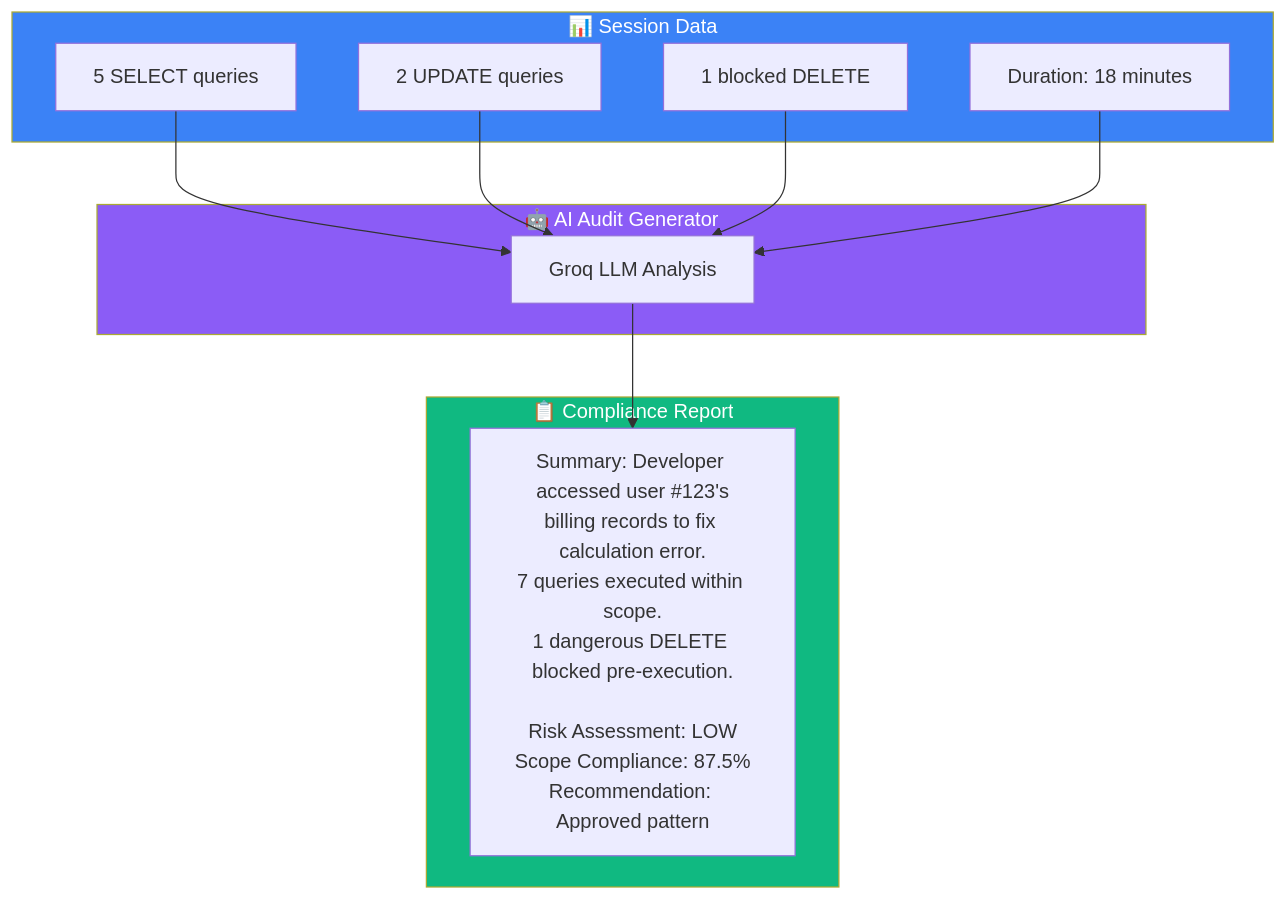
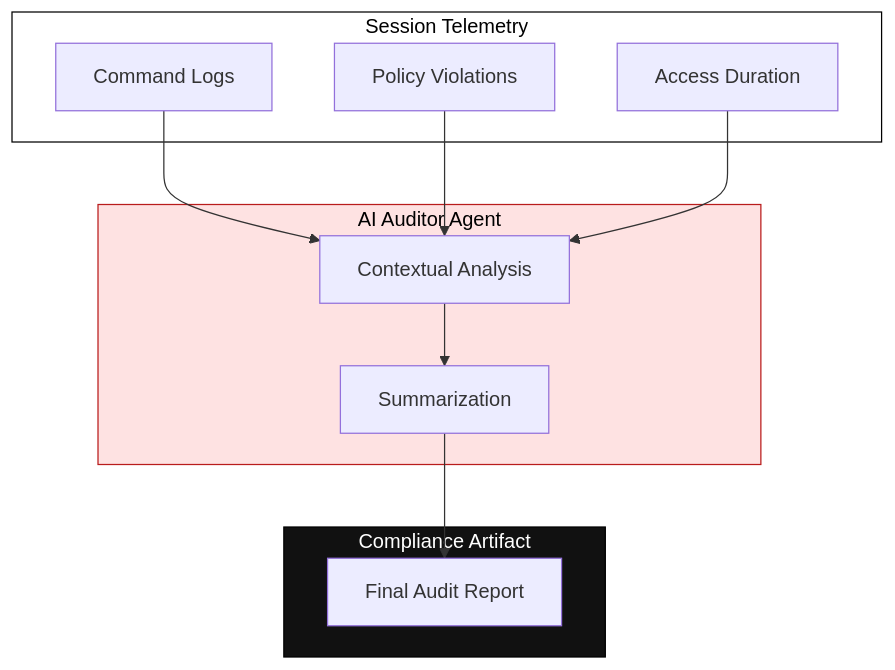
One commit to soumyacodes007/GlassKiss changed the seventh of 7 diagrams in README.md. Above: the diagram before and after it, drawn with Mermaid. The commit also changed other lines of this file, not shown here.

````diff
--- a/README.md
+++ b/README.md
@@ -357,27 +292,26 @@
 ```mermaid
 flowchart TB
-    subgraph Session["📊 Session Data"]
-        A1["5 SELECT queries"]
-        A2["2 UPDATE queries"]
-        A3["1 blocked DELETE"]
-        A4["Duration: 18 minutes"]
+    subgraph Data["Session Telemetry"]
+        A[Command Logs]
+        B[Policy Violations]
+        C[Access Duration]
     end
 
-    subgraph AI["🤖 AI Audit Generator"]
-        B["Groq LLM Analysis"]
+    subgraph AI["AI Auditor Agent"]
+        D[Contextual Analysis]
+        E[Summarization]
     end
 
-    subgraph Report["📋 Compliance Report"]
-        C["Summary: Developer accessed user #123's<br/>billing records to fix calculation error.<br/>7 queries executed within scope.<br/>1 dangerous DELETE blocked pre-execution.<br/><br/>Risk Assessment: LOW<br/>Scope Compliance: 87.5%<br/>Recommendation: Approved pattern"]
+    subgraph Report["Compliance Artifact"]
+        F["Final Audit Report"]
     end
 
-    A1 --> B
-    A2 --> B
-    A3 --> B
-    A4 --> B
-    B --> C
+    A --> D
+    B --> D
+    C --> D
+    D --> E --> F
 
-    style Session fill:#3b82f6,color:#fff
-    style AI fill:#8b5cf6,color:#fff
-    style Report fill:#10b981,color:#fff
+    style Data fill:#fff,stroke:#000,color:#000
+    style AI fill:#fee2e2,stroke:#b91c1c,color:#000
+    style Report fill:#111,stroke:#000,color:#fff
 ```
````
